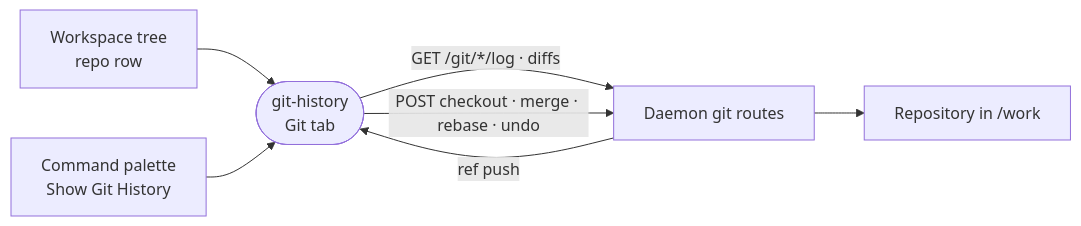
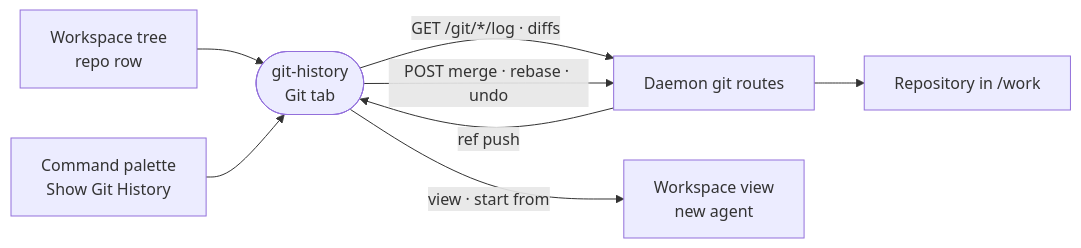
One commit to intentic/intentic changed the diagram in _extensions/git-history/README.md. Above: the diagram before and after it, drawn with Mermaid. The commit also changed other lines of this file and 202 other files, not shown here.

First line of the commit message:
feat(branches): start and land agent work on branches

````diff
--- a/_extensions/git-history/README.md
+++ b/_extensions/git-history/README.md
@@ -5,9 +5,10 @@
 ```mermaid
 flowchart LR
     tree["Workspace tree<br/>repo row"] --> tab(["git-history<br/>Git tab"])
     palette["Command palette<br/>Show Git History"] --> tab
     tab -->|"GET /git/*/log · diffs"| daemon["Daemon git routes"]
-    tab -->|"POST checkout · merge · rebase · undo"| daemon
+    tab -->|"POST merge · rebase · undo"| daemon
+    tab -->|"view · start from"| editor["Workspace view<br/>new agent"]
     daemon --> repo["Repository in /work"]
     daemon -->|"ref push"| tab
 ```
````
